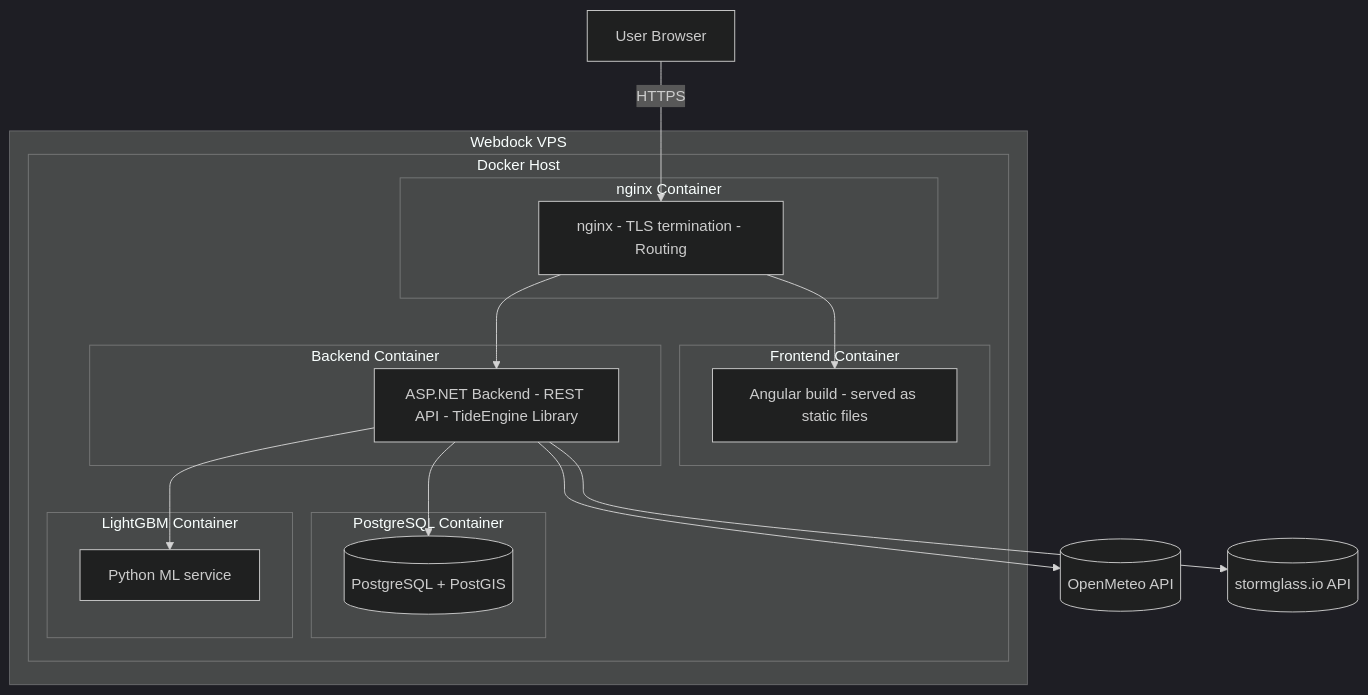
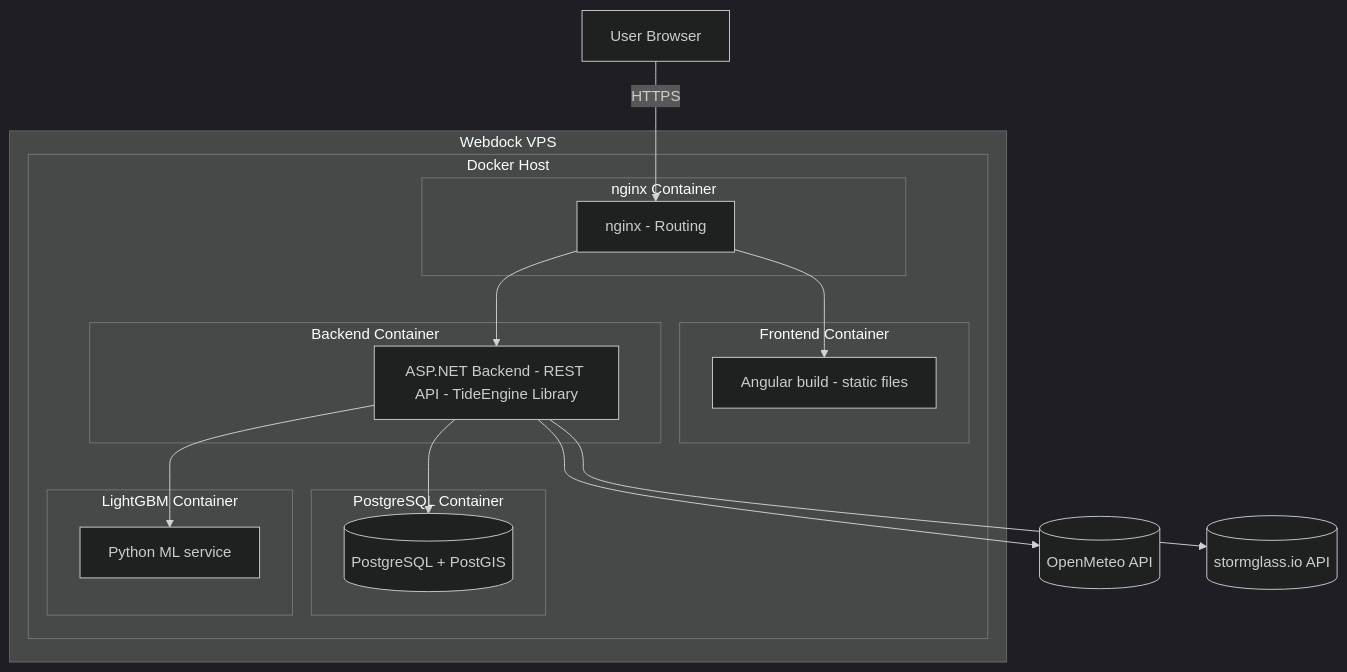
Before and after one commit to tmbnrt/SurfScout_App: the third of 3 diagrams in README.md, drawn with Mermaid (dark theme).

Commit message:
Refine labels in architecture diagram
Updated descriptions for nginx and Angular build.

````diff
--- a/README.md
+++ b/README.md
@@ -123,41 +123,41 @@
 ```mermaid
 flowchart TB
 
     subgraph Webdock["Webdock VPS"]
         subgraph DockerHost["Docker Host"]
 
             subgraph Proxy["nginx Container"]
-                NGINX2["nginx - TLS termination - Routing"]
+                NGINX2["nginx - Routing"]
             end
 
             subgraph FrontendC["Frontend Container"]
-                FE2["Angular build - served as static files"]
+                FE2["Angular build - static files"]
             end
 
             subgraph BackendC["Backend Container"]
                 BE2["ASP.NET Backend - REST API - TideEngine Library"]
             end
 
             subgraph DBC["PostgreSQL Container"]
                 DB2[("PostgreSQL + PostGIS")]
             end
 
             subgraph MLC["LightGBM Container"]
                 LightBM3["Python ML service"]
             end
 
         end
     end
 
     OpenMeteo3[("OpenMeteo API")]
     Stormglass3[("stormglass.io API")]
 
     User3["User Browser"] -->|"HTTPS"| NGINX2
     NGINX2 --> FE2
     NGINX2 --> BE2
 
     BE2 --> DB2
     BE2 --> OpenMeteo3
     BE2 --> Stormglass3
     BE2 --> LightBM3
 ```
````
